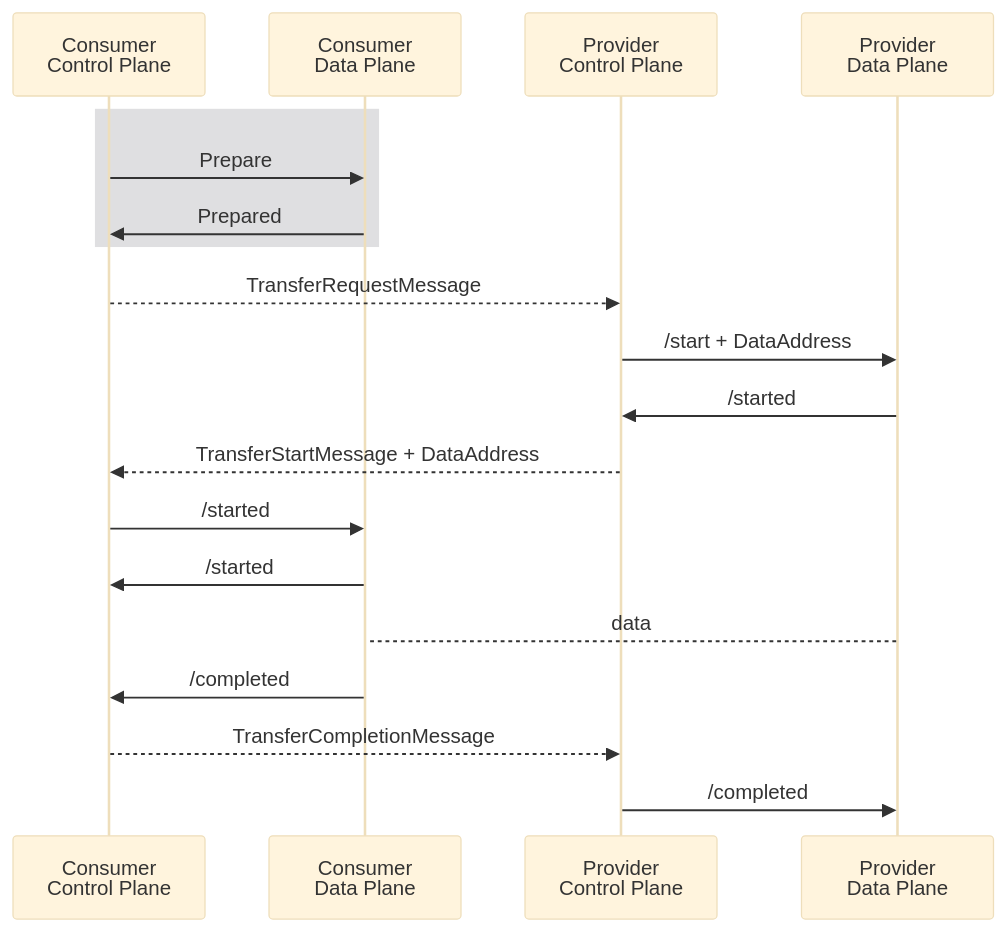
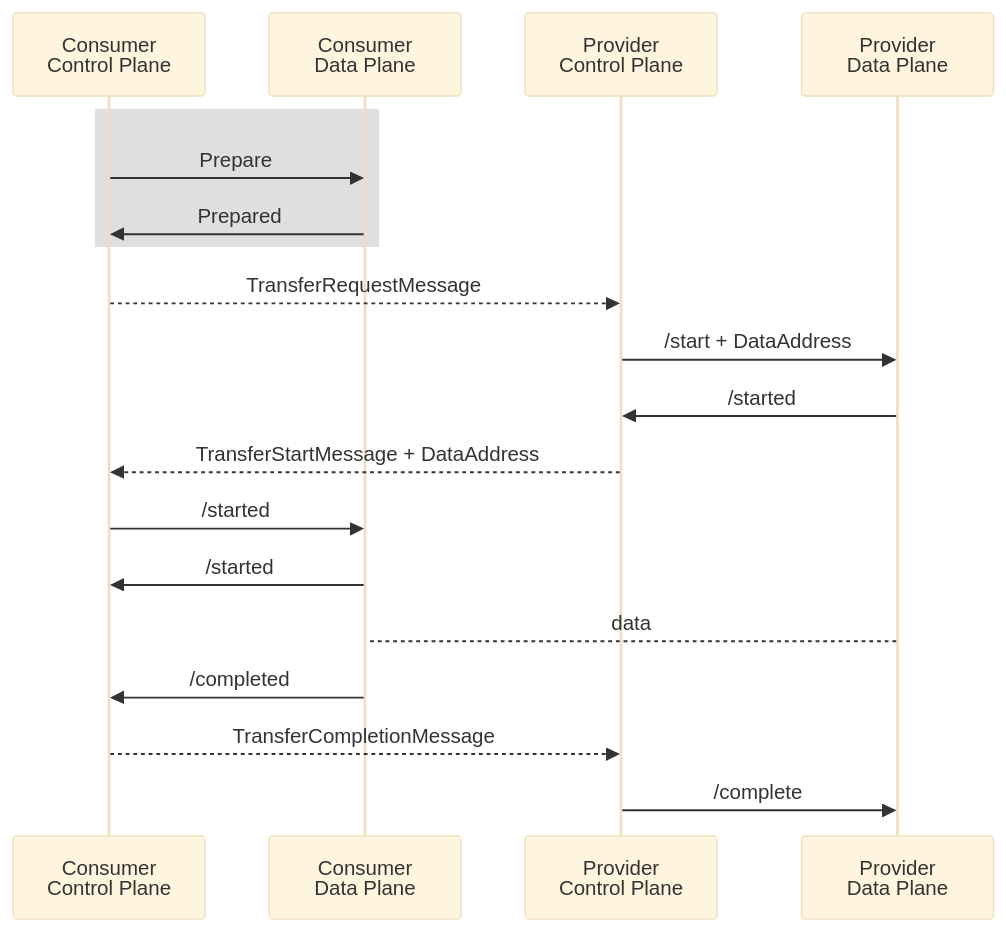
The fourth of 5 diagrams in docs/signaling.md (Metaform/dataplane-signaling), drawn with Mermaid (base theme) before and after one commit. The commit also changed other lines of this file and 1 other file, not shown here.

Commit message:
add /complete endpoint

````diff
--- a/docs/signaling.md
+++ b/docs/signaling.md
@@ -190,23 +194,23 @@
 ```mermaid
 sequenceDiagram
     participant ccp as Consumer<br/>Control Plane
     participant cdp as Consumer<br/>Data Plane
     participant pcp as Provider<br/>Control Plane
     participant pdp as Provider<br/>Data Plane
 
     rect rgb(223, 223, 225)
         ccp ->> cdp: Prepare
         cdp ->> ccp: Prepared
     end
 
     ccp -->> pcp: TransferRequestMessage
     pcp ->> pdp: /start + DataAddress
     pdp ->> pcp: /started
     pcp -->> ccp: TransferStartMessage + DataAddress
     ccp ->> cdp: /started
     cdp ->> ccp: /started
     pdp --> cdp: data
     cdp ->> ccp: /completed
     ccp -->> pcp: TransferCompletionMessage
-    pcp ->> pdp: /completed
+    pcp ->> pdp: /complete
 ```
````
